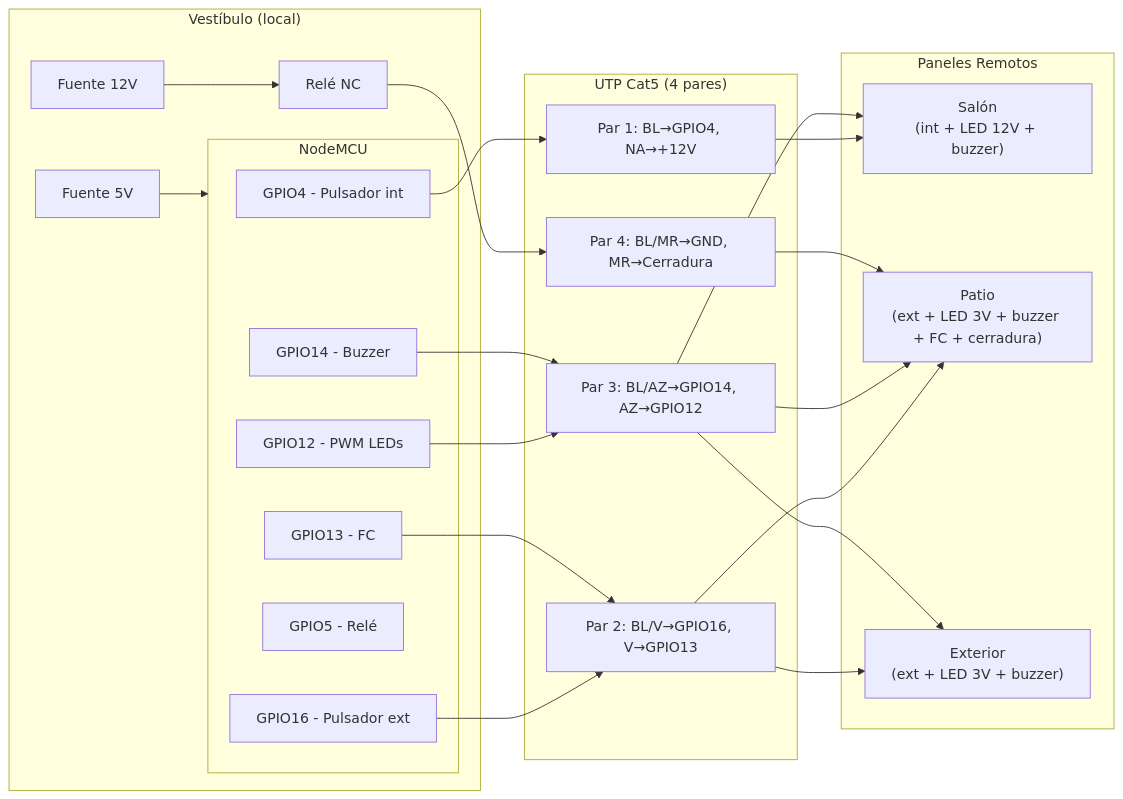
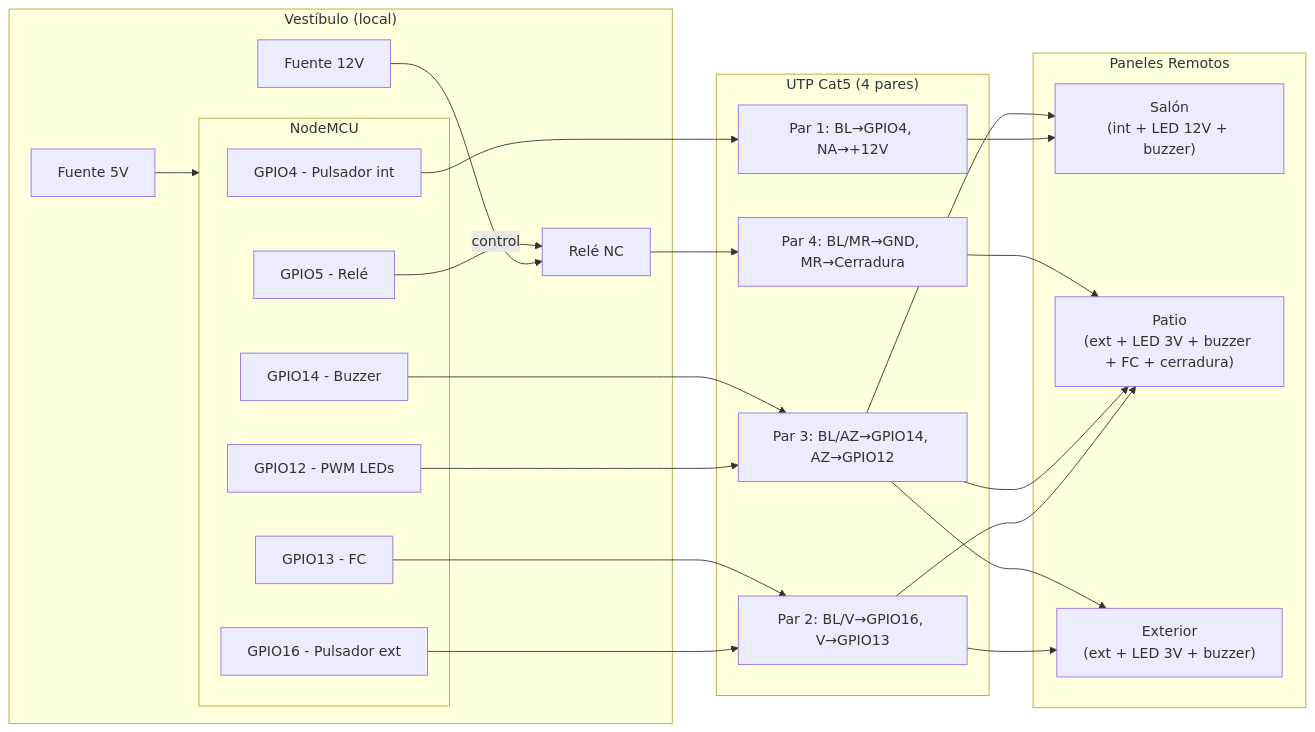
The third of 10 diagrams in SYSTEM_DEFINITION.md (abelbour/Abrepuertas), drawn with Mermaid before and after one commit.

Commit message:
Fix 11.2: add GPIO5->Relé connection

````diff
--- a/SYSTEM_DEFINITION.md
+++ b/SYSTEM_DEFINITION.md
@@ -338,41 +338,42 @@
 ```mermaid
 flowchart LR
     subgraph NodeMCU
         G4[GPIO4 - Pulsador int]
         G16[GPIO16 - Pulsador ext]
         G12[GPIO12 - PWM LEDs]
         G14[GPIO14 - Buzzer]
         G5[GPIO5 - Relé]
         G13[GPIO13 - FC]
     end
 
     subgraph UTP["UTP Cat5 (4 pares)"]
         P1["Par 1: BL→GPIO4, NA→+12V"]
         P2["Par 2: BL/V→GPIO16, V→GPIO13"]
         P3["Par 3: BL/AZ→GPIO14, AZ→GPIO12"]
         P4["Par 4: BL/MR→GND, MR→Cerradura"]
     end
 
     subgraph Vestibulo["Vestíbulo (local)"]
         F5V[Fuente 5V] --> NodeMCU
         F12V[Fuente 12V] --> Rele[Relé NC]
+        G5 -- control --> Rele
         Rele --> P4
     end
 
     subgraph Paneles["Paneles Remotos"]
         Salon["Salón<br/>(int + LED 12V + buzzer)"]
         Patio["Patio<br/>(ext + LED 3V + buzzer + FC + cerradura)"]
         Ext["Exterior<br/>(ext + LED 3V + buzzer)"]
     end
 
     G4 --> P1
     G16 --> P2
     G12 --> P3
     G14 --> P3
     G13 --> P2
     P1 --> Salon
     P2 --> Patio
     P2 --> Ext
     P3 --> Salon & Patio & Ext
     P4 --> Patio
 ```
````
